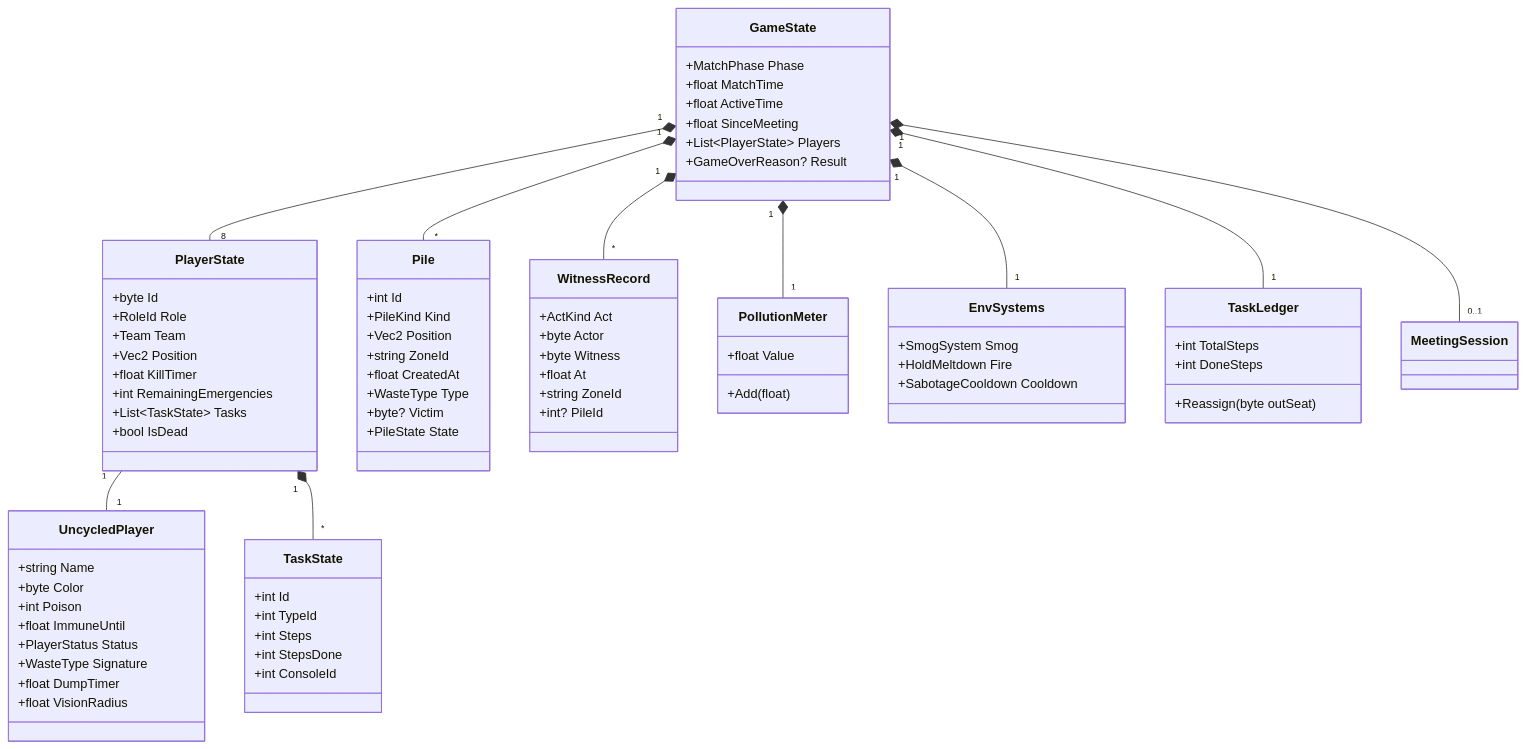
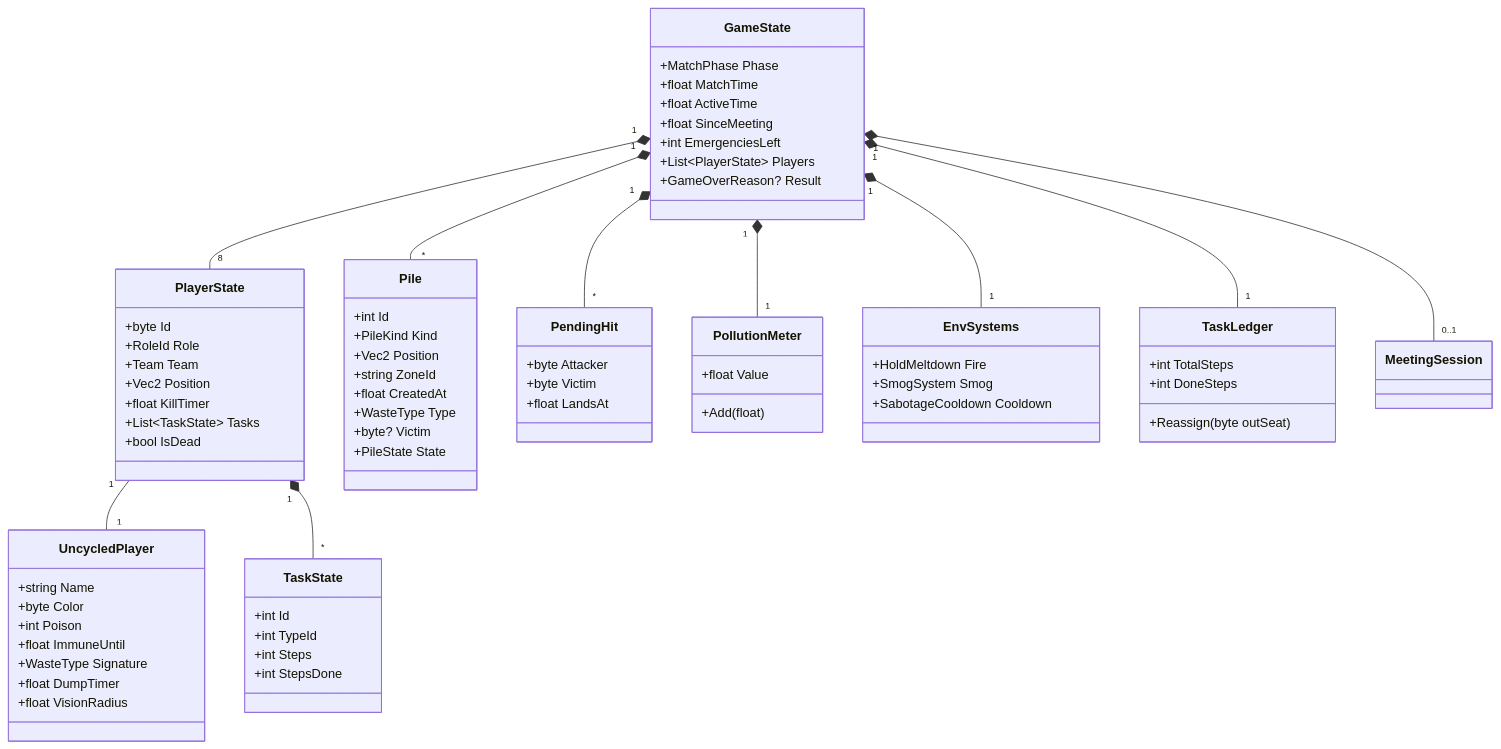
Before and after one commit to Faouzi-Blibech/EcoSus-Uncycled: the first of 2 diagrams in docs/architecture/07-data-and-content.md, drawn with Mermaid. The commit also changed other lines of this file and 11 other files, not shown here.

Commit message:
docs: second design review (2026-11-14) for the architecture views and the design spec

````diff
--- a/docs/architecture/07-data-and-content.md
+++ b/docs/architecture/07-data-and-content.md
@@ -5,80 +5,75 @@
 ```mermaid
 classDiagram
     class GameState {
         +MatchPhase Phase
         +float MatchTime
         +float ActiveTime
         +float SinceMeeting
+        +int EmergenciesLeft
         +List~PlayerState~ Players
         +GameOverReason? Result
     }
     class PlayerState {
         +byte Id
         +RoleId Role
         +Team Team
         +Vec2 Position
         +float KillTimer
-        +int RemainingEmergencies
         +List~TaskState~ Tasks
         +bool IsDead
     }
     class UncycledPlayer {
         +string Name
         +byte Color
         +int Poison
         +float ImmuneUntil
-        +PlayerStatus Status
         +WasteType Signature
         +float DumpTimer
         +float VisionRadius
     }
     class TaskState {
         +int Id
         +int TypeId
         +int Steps
         +int StepsDone
-        +int ConsoleId
     }
     class Pile {
         +int Id
         +PileKind Kind
         +Vec2 Position
         +string ZoneId
         +float CreatedAt
         +WasteType Type
         +byte? Victim
         +PileState State
     }
-    class WitnessRecord {
-        +ActKind Act
-        +byte Actor
-        +byte Witness
-        +float At
-        +string ZoneId
-        +int? PileId
+    class PendingHit {
+        +byte Attacker
+        +byte Victim
+        +float LandsAt
     }
     class PollutionMeter {
         +float Value
-        +Add(float) 
+        +Add(float)
     }
     class EnvSystems {
+        +HoldMeltdown Fire
         +SmogSystem Smog
-        +HoldMeltdown Fire
         +SabotageCooldown Cooldown
     }
     class TaskLedger {
         +int TotalSteps
         +int DoneSteps
         +Reassign(byte outSeat)
     }
     class MeetingSession
     GameState "1" *-- "8" PlayerState
     PlayerState "1" -- "1" UncycledPlayer
     PlayerState "1" *-- "*" TaskState
     GameState "1" *-- "*" Pile
-    GameState "1" *-- "*" WitnessRecord
+    GameState "1" *-- "*" PendingHit
     GameState "1" *-- "1" PollutionMeter
     GameState "1" *-- "1" EnvSystems
     GameState "1" *-- "1" TaskLedger
     GameState "1" *-- "0..1" MeetingSession
 ```
````
